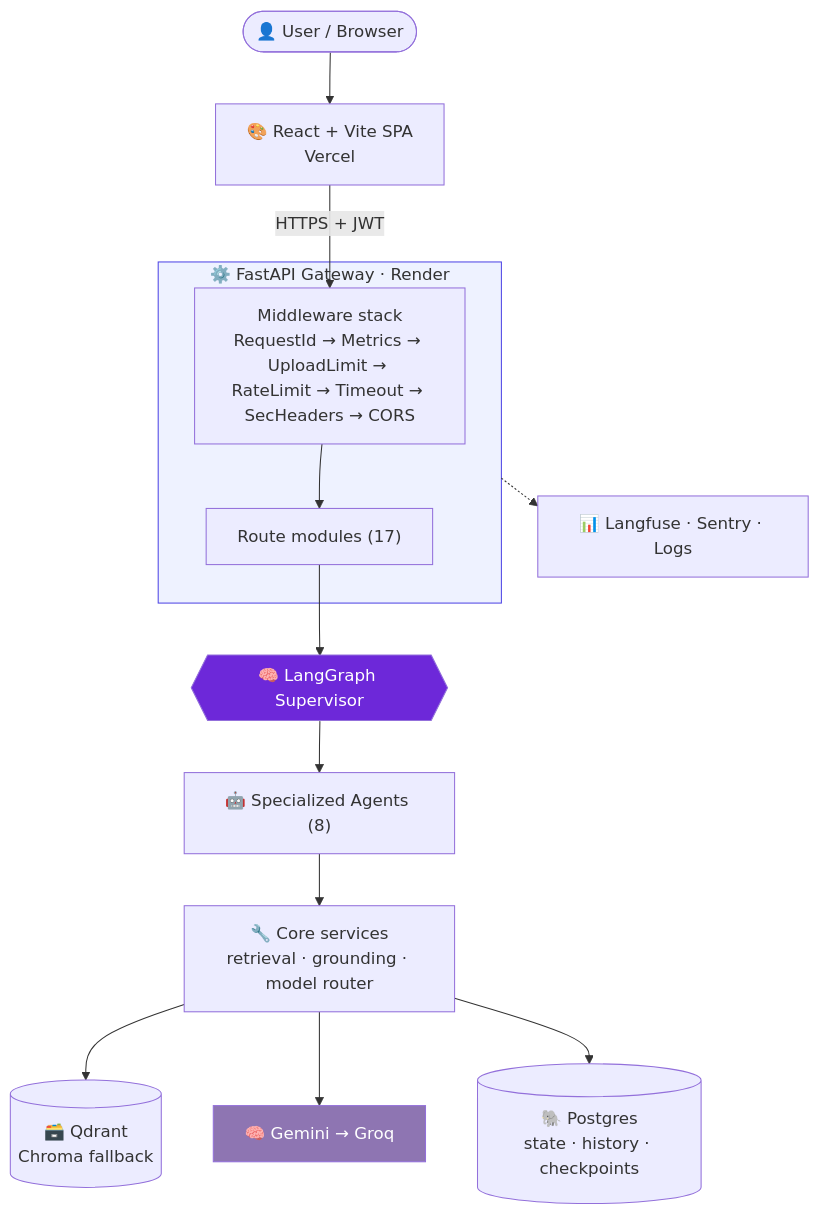
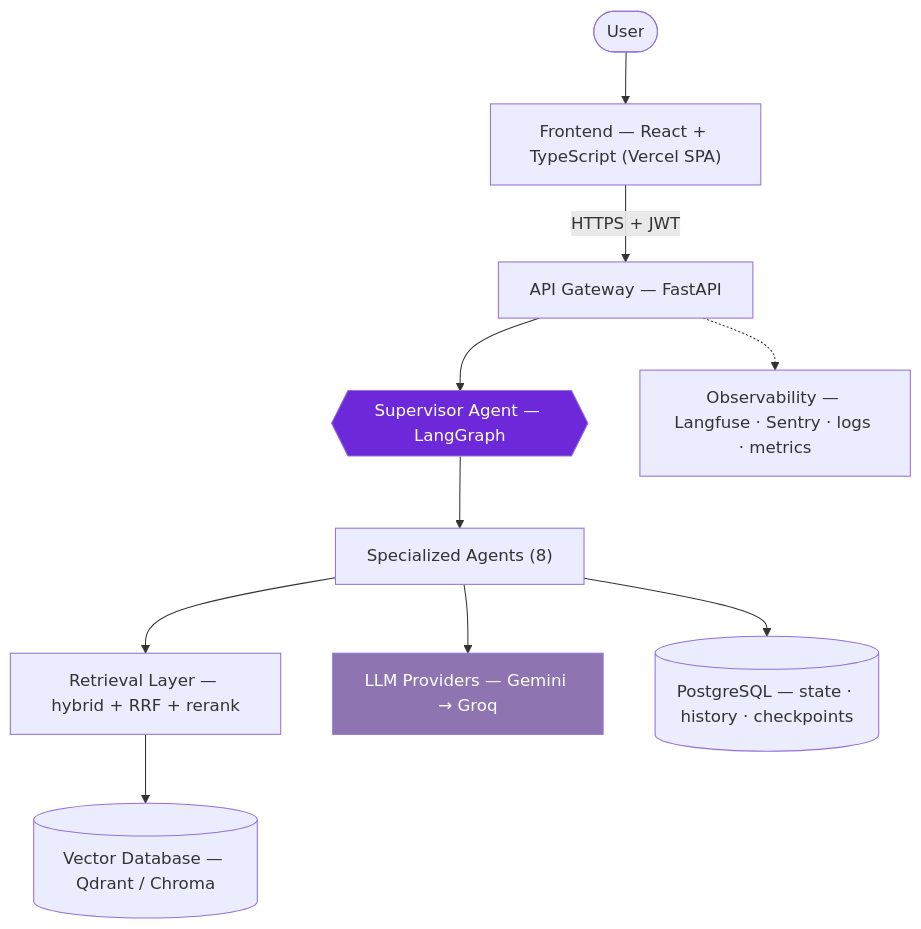
One commit to Vishal-AI-ML/upsc-agentic-ai changed the first of 4 diagrams in README.md. Above: the diagram before and after it, drawn with Mermaid. The commit also changed other lines of this file and 62 other files, not shown here.

````diff
--- a/README.md
+++ b/README.md
@@ -169,18 +68,14 @@
 ```mermaid
 flowchart TD
-    U([👤 User / Browser]) --> FE["🎨 React + Vite SPA<br/>Vercel"]
-    FE -->|HTTPS + JWT| MW
-    subgraph API["⚙️ FastAPI Gateway · Render"]
-      MW["Middleware stack<br/>RequestId → Metrics → UploadLimit → RateLimit → Timeout → SecHeaders → CORS"] --> RT["Route modules (17)"]
-    end
-    RT --> SUP{{"🧠 LangGraph Supervisor"}}
-    SUP --> AG["🤖 Specialized Agents (8)"]
-    AG --> CORE["🔧 Core services<br/>retrieval · grounding · model router"]
-    CORE --> VDB[("🗃️ Qdrant<br/>Chroma fallback")]
-    CORE --> LLM["🧠 Gemini → Groq"]
-    CORE --> PG[("🐘 Postgres<br/>state · history · checkpoints")]
-    API -.-> OBS["📊 Langfuse · Sentry · Logs"]
+    U([User]) --> FE["Frontend — React + TypeScript (Vercel SPA)"]
+    FE -->|HTTPS + JWT| GW["API Gateway — FastAPI"]
+    GW --> SUP{{"Supervisor Agent — LangGraph"}}
+    SUP --> AG["Specialized Agents (8)"]
+    AG --> RET["Retrieval Layer — hybrid + RRF + rerank"]
+    RET --> VDB[("Vector Database — Qdrant / Chroma")]
+    AG --> LLM["LLM Providers — Gemini → Groq"]
+    GW -.-> OBS["Observability — Langfuse · Sentry · logs · metrics"]
+    AG --> PG[("PostgreSQL — state · history · checkpoints")]
     style SUP fill:#6D28D9,color:#fff
-    style API fill:#EEF2FF,stroke:#4F46E5
     style LLM fill:#8E75B2,color:#fff
 ```
````
